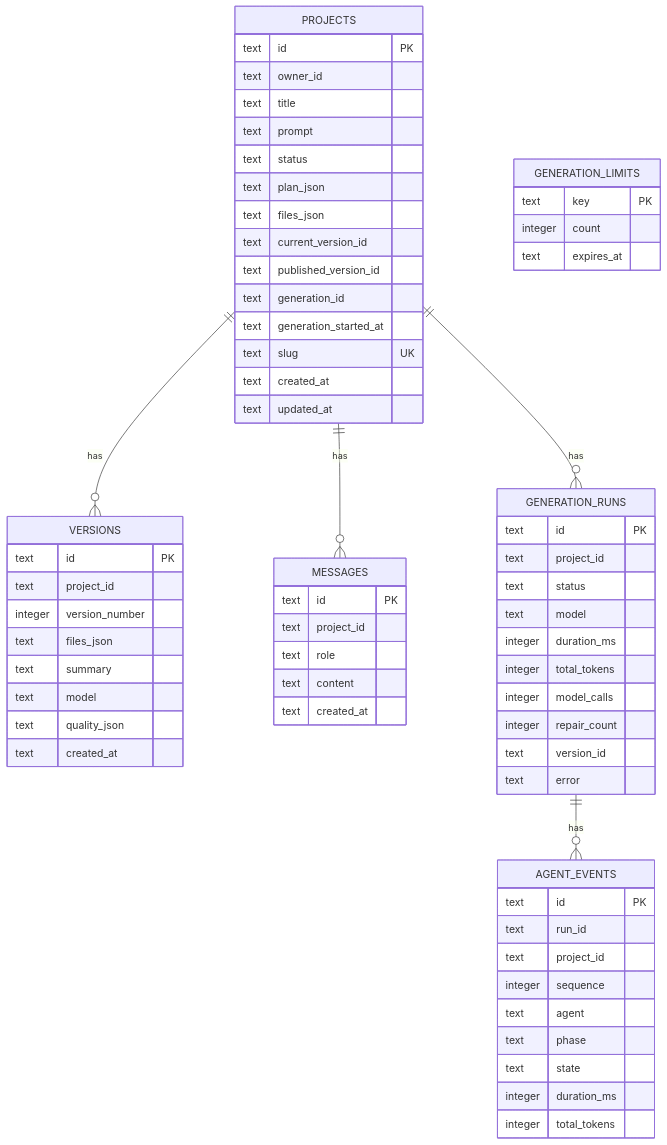
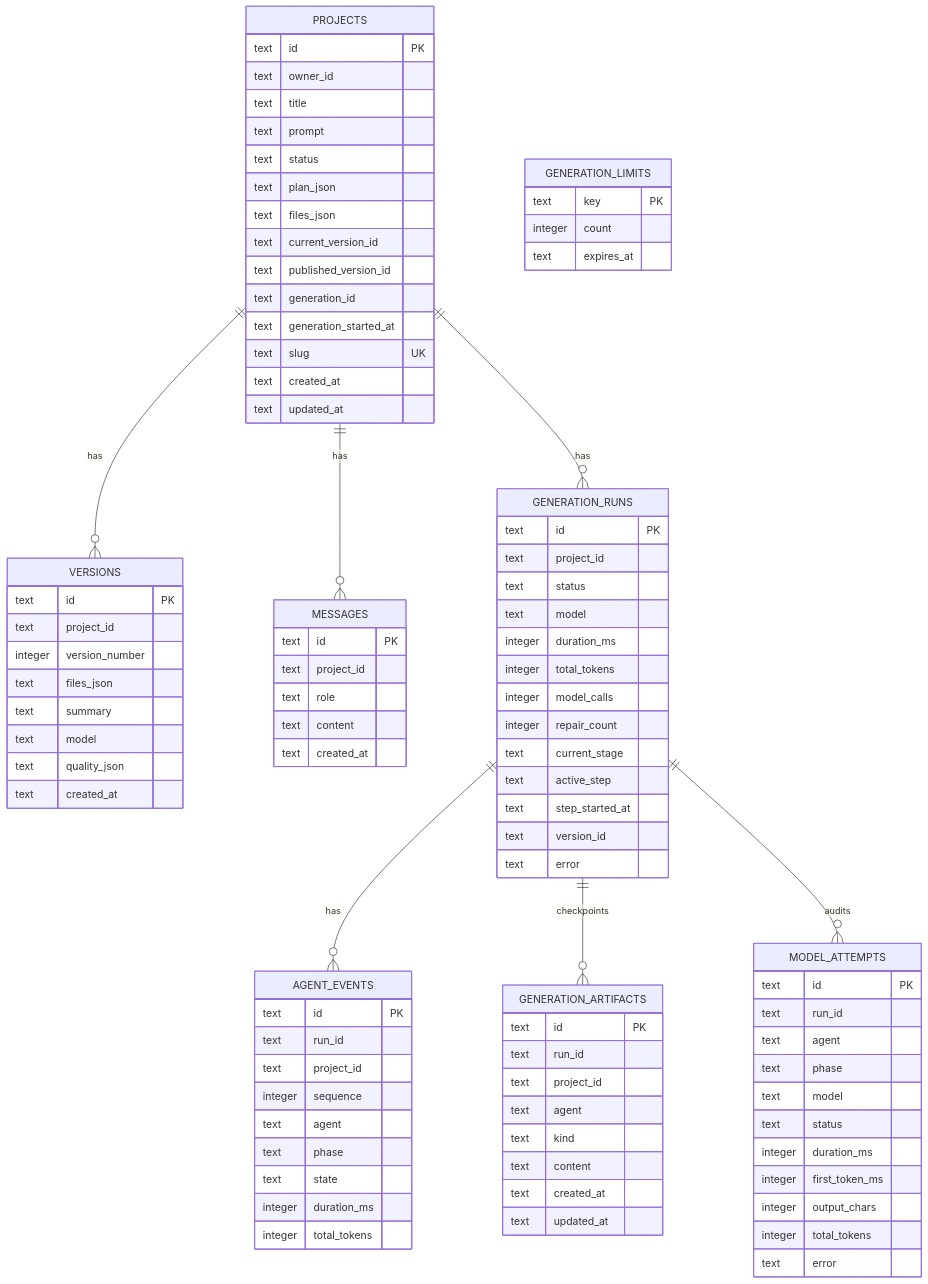
Before and after one commit to lilongyong333/nucleus-ai-builder: the first of 2 diagrams in docs/learning/06-api-database-and-versioning.md, drawn with Mermaid. The commit also changed other lines of this file and 33 other files, not shown here.

````diff
--- a/docs/learning/06-api-database-and-versioning.md
+++ b/docs/learning/06-api-database-and-versioning.md
@@ -34,6 +36,8 @@
     PROJECTS ||--o{ MESSAGES : has
     PROJECTS ||--o{ GENERATION_RUNS : has
     GENERATION_RUNS ||--o{ AGENT_EVENTS : has
+    GENERATION_RUNS ||--o{ GENERATION_ARTIFACTS : checkpoints
+    GENERATION_RUNS ||--o{ MODEL_ATTEMPTS : audits
     PROJECTS {
       text id PK
       text owner_id
@@ -81,6 +85,9 @@
       integer total_tokens
       integer model_calls
       integer repair_count
+      text current_stage
+      text active_step
+      text step_started_at
       text version_id
       text error
     }
@@ -95,4 +102,27 @@
       integer duration_ms
       integer total_tokens
     }
+    GENERATION_ARTIFACTS {
+      text id PK
+      text run_id
+      text project_id
+      text agent
+      text kind
+      text content
+      text created_at
+      text updated_at
+    }
+    MODEL_ATTEMPTS {
+      text id PK
+      text run_id
+      text agent
+      text phase
+      text model
+      text status
+      integer duration_ms
+      integer first_token_ms
+      integer output_chars
+      integer total_tokens
+      text error
+    }
 ```
````
